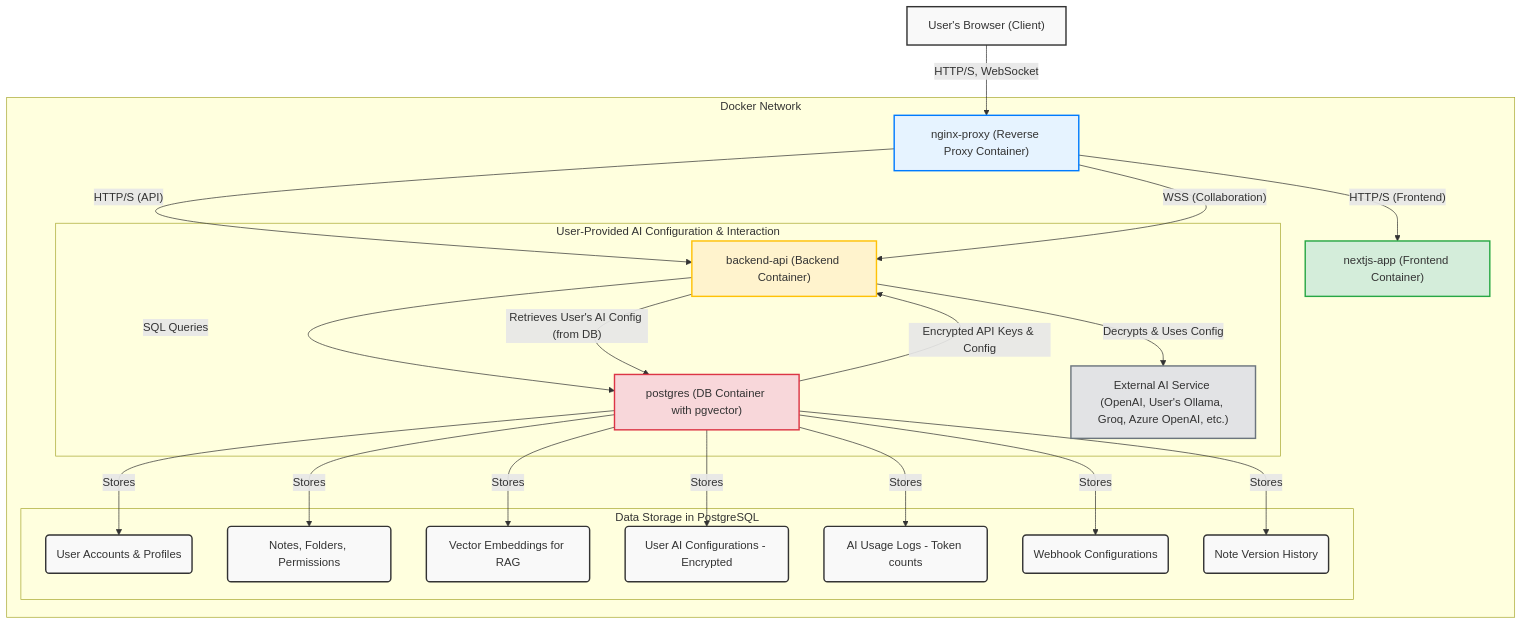
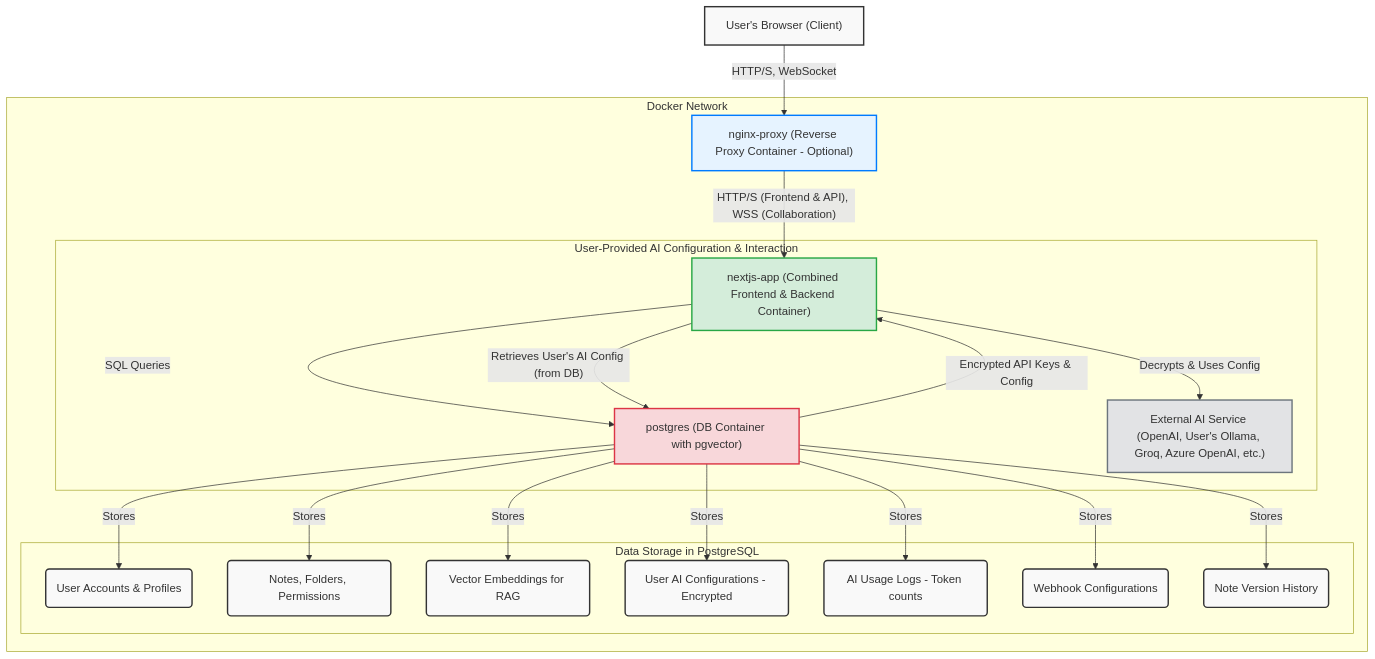
One commit to ncls-p/notes changed the first of 2 diagrams in DAT.md. Above: the diagram before and after it, drawn with Mermaid. The commit also changed other lines of this file and 7 other files, not shown here.

````diff
--- a/DAT.md
+++ b/DAT.md
@@ -113,43 +113,39 @@
 ```mermaid
 graph TD
-    A["User's Browser (Client)"] -- HTTP/S, WebSocket --> B["nginx-proxy (Reverse Proxy Container)"]
+    A["User's Browser (Client)"] -- HTTP/S, WebSocket --> B["nginx-proxy (Reverse Proxy Container - Optional)"]
 
     subgraph Docker Network
-        B -- HTTP/S (Frontend) --> C["nextjs-app (Frontend Container)"]
-        B -- HTTP/S (API) --> D["backend-api (Backend Container)"]
-        B -- WSS (Collaboration) --> D
+        B -- HTTP/S (Frontend & API), WSS (Collaboration) --> C["nextjs-app (Combined Frontend & Backend Container)"]
 
-        D -- SQL Queries --> E["postgres (DB Container with pgvector)"]
+        C -- SQL Queries --> E["postgres (DB Container with pgvector)"]
 
         subgraph "User-Provided AI Configuration & Interaction"
-            D -- Retrieves User's AI Config (from DB) --> E
-            E -- Encrypted API Keys & Config --> D
-            D -- Decrypts & Uses Config --> F["External AI Service (OpenAI, User's Ollama, Groq, Azure OpenAI, etc.)"]
+            C -- Retrieves User's AI Config (from DB) --> E
+            E -- Encrypted API Keys & Config --> C
+            C -- Decrypts & Uses Config --> F["External AI Service (OpenAI, User's Ollama, Groq, Azure OpenAI, etc.)"]
         end
 
         subgraph "Data Storage in PostgreSQL"
             E -- Stores --> G(User Accounts & Profiles)
             E -- Stores --> H(Notes, Folders, Permissions)
             E -- Stores --> I(Vector Embeddings for RAG)
             E -- Stores --> J(User AI Configurations - Encrypted)
             E -- Stores --> K(AI Usage Logs - Token counts)
             E -- Stores --> L(Webhook Configurations)
             E -- Stores --> M(Note Version History)
         end
     end
 
     %% Styling
     classDef default fill:#f9f9f9,stroke:#333,stroke-width:2px;
     classDef proxy fill:#e6f3ff,stroke:#007bff,stroke-width:2px;
-    classDef frontend fill:#d4edda,stroke:#28a745,stroke-width:2px;
-    classDef backend fill:#fff3cd,stroke:#ffc107,stroke-width:2px;
+    classDef app fill:#d4edda,stroke:#28a745,stroke-width:2px;
     classDef db fill:#f8d7da,stroke:#dc3545,stroke-width:2px;
     classDef external fill:#e2e3e5,stroke:#6c757d,stroke-width:2px;
 
     class A default;
     class B proxy;
-    class C frontend;
-    class D backend;
+    class C app;
     class E db;
     class F external;
 ```
````
